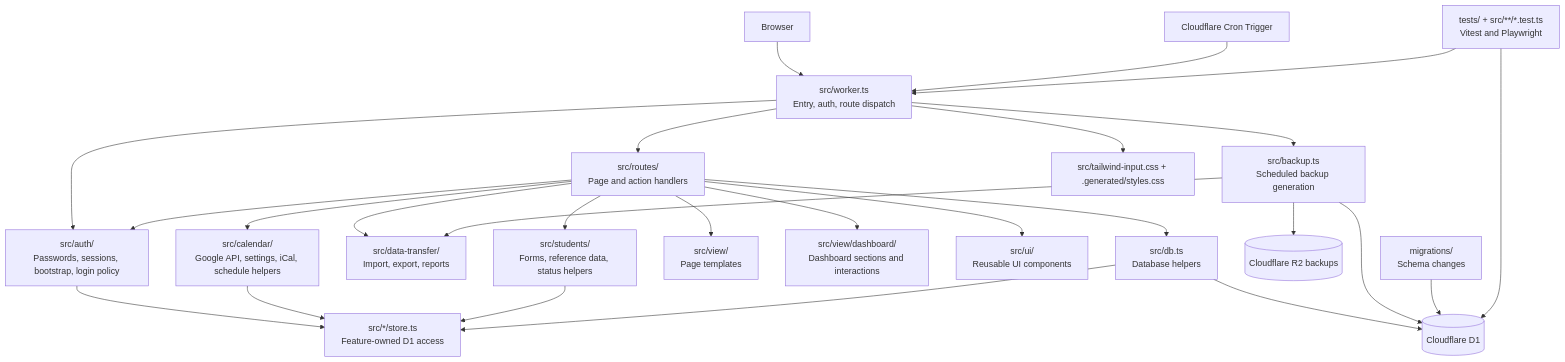
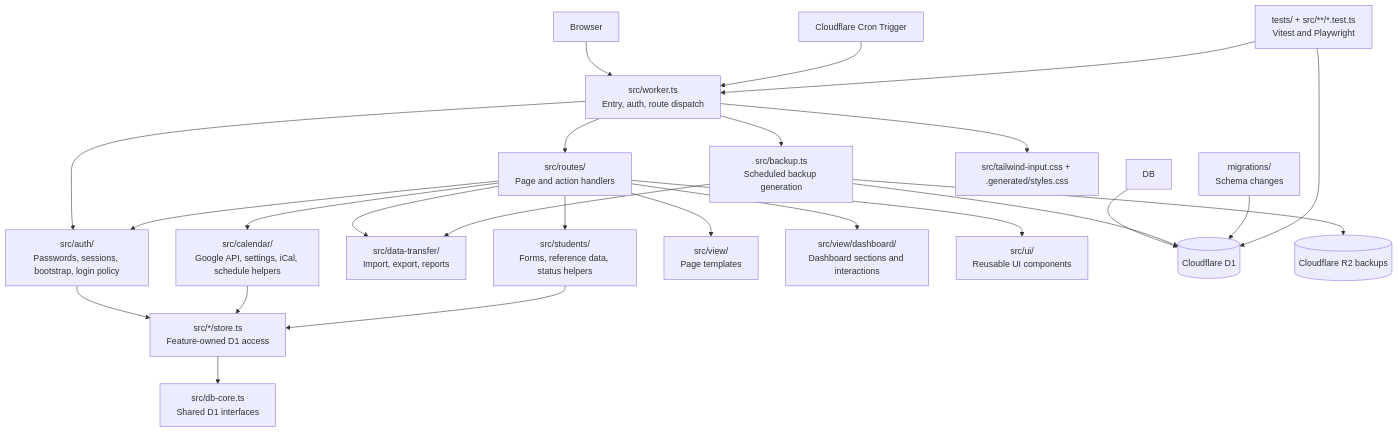
The diagram in docs/project-structure.md (bebraw/thesis-journey-tracker), drawn with Mermaid before and after one commit. The commit also changed other lines of this file and 14 other files, not shown here.

````diff
--- a/docs/project-structure.md
+++ b/docs/project-structure.md
@@ -36,48 +36,47 @@
 ```mermaid
 graph TD
     Browser[Browser]
     Worker[src/worker.ts<br/>Entry, auth, route dispatch]
     Routes[src/routes/<br/>Page and action handlers]
     Auth[src/auth/<br/>Passwords, sessions, bootstrap, login policy]
     Calendar[src/calendar/<br/>Google API, settings, iCal, schedule helpers]
     DataTransfer[src/data-transfer/<br/>Import, export, reports]
     Students[src/students/<br/>Forms, reference data, status helpers]
     Stores[src/*/store.ts<br/>Feature-owned D1 access]
+    DBCore[src/db-core.ts<br/>Shared D1 interfaces]
     Views[src/view/<br/>Page templates]
     Dashboard[src/view/dashboard/<br/>Dashboard sections and interactions]
     UI[src/ui/<br/>Reusable UI components]
-    DB[src/db.ts<br/>Database helpers]
     Backup[src/backup.ts<br/>Scheduled backup generation]
     D1[(Cloudflare D1)]
     R2[(Cloudflare R2 backups)]
     Migrations[migrations/<br/>Schema changes]
     Tests[tests/ + src/**/*.test.ts<br/>Vitest and Playwright]
     CSS[src/tailwind-input.css + .generated/styles.css]
     Cron[Cloudflare Cron Trigger]
 
     Browser --> Worker
     Worker --> Routes
     Worker --> Auth
     Routes --> Views
     Routes --> Dashboard
     Routes --> UI
-    Routes --> DB
     Routes --> Auth
     Routes --> Calendar
     Routes --> DataTransfer
     Routes --> Students
     Auth --> Stores
     Calendar --> Stores
     Students --> Stores
-    DB --> Stores
+    Stores --> DBCore
     Worker --> Backup
     Worker --> CSS
     DB --> D1
     Cron --> Worker
     Backup --> D1
     Backup --> R2
     Backup --> DataTransfer
     Migrations --> D1
     Tests --> Worker
     Tests --> D1
 ```
````
